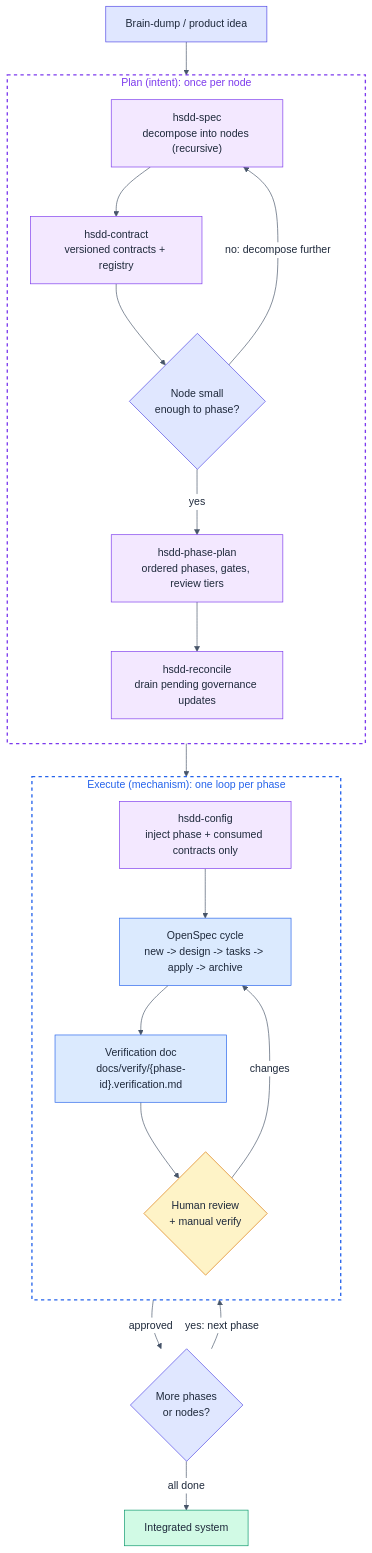
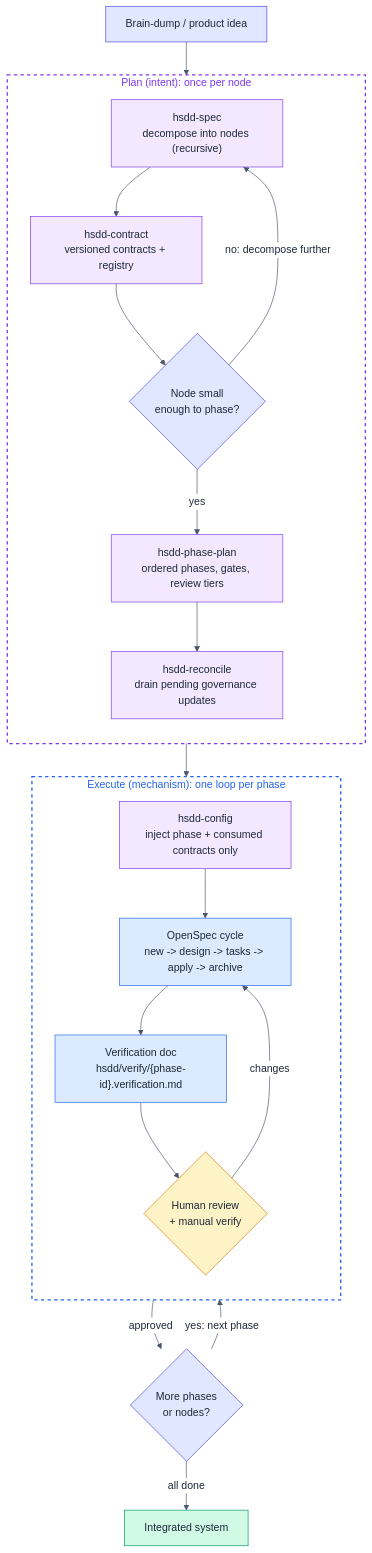
The second of 3 diagrams in docs/users-guide.md (mpurbo/hsdd), drawn with Mermaid before and after one commit. The commit also changed other lines of this file and 11 other files, not shown here.

````diff
--- a/docs/users-guide.md
+++ b/docs/users-guide.md
@@ -90,53 +94,53 @@
 ```mermaid
 %%{init:{'theme':'base','themeVariables':{'primaryTextColor':'#1e293b','lineColor':'#475569','edgeLabelBackground':'#ffffff','tertiaryTextColor':'#1e293b'}}}%%
 flowchart TD
     bd["Brain-dump / product idea"]
 
     subgraph plan ["Plan (intent): once per node"]
         direction TB
         decompose["hsdd-spec<br/>decompose into nodes (recursive)"]
         contracts["hsdd-contract<br/>versioned contracts + registry"]
         leaf{"Node small<br/>enough to phase?"}
         phaseplan["hsdd-phase-plan<br/>ordered phases, gates, review tiers"]
         reconcile["hsdd-reconcile<br/>drain pending governance updates"]
         decompose --> contracts --> leaf
         leaf -- "no: decompose further" --> decompose
         leaf -- yes --> phaseplan
         phaseplan --> reconcile
     end
 
     subgraph exec ["Execute (mechanism): one loop per phase"]
         direction TB
         config["hsdd-config<br/>inject phase + consumed contracts only"]
         cycle["OpenSpec cycle<br/>new -> design -> tasks -> apply -> archive"]
-        verify["Verification doc<br/>docs/verify/{phase-id}.verification.md"]
+        verify["Verification doc<br/>hsdd/verify/{phase-id}.verification.md"]
         gate{"Human review<br/>+ manual verify"}
         config --> cycle --> verify --> gate
         gate -- changes --> cycle
     end
 
     more{"More phases<br/>or nodes?"}
     done["Integrated system"]
 
     bd --> decompose
     reconcile --> config
     gate -- approved --> more
     more -- "yes: next phase" --> config
     more -- all done --> done
 
     style plan fill:none,stroke:#7c3aed,stroke-dasharray: 5 5,stroke-width:2px,color:#7c3aed
     style exec fill:none,stroke:#2563eb,stroke-dasharray: 5 5,stroke-width:2px,color:#2563eb
 
     style bd fill:#e0e7ff,stroke:#4f46e5,color:#1e293b
     style decompose fill:#f3e8ff,stroke:#7c3aed,color:#1e293b
     style contracts fill:#f3e8ff,stroke:#7c3aed,color:#1e293b
     style leaf fill:#e0e7ff,stroke:#4f46e5,color:#1e293b
     style phaseplan fill:#f3e8ff,stroke:#7c3aed,color:#1e293b
     style reconcile fill:#f3e8ff,stroke:#7c3aed,color:#1e293b
     style config fill:#f3e8ff,stroke:#7c3aed,color:#1e293b
     style cycle fill:#dbeafe,stroke:#2563eb,color:#1e293b
     style verify fill:#dbeafe,stroke:#2563eb,color:#1e293b
     style gate fill:#fef3c7,stroke:#d97706,color:#1e293b
     style more fill:#e0e7ff,stroke:#4f46e5,color:#1e293b
     style done fill:#d1fae5,stroke:#059669,color:#1e293b
 ```
````
